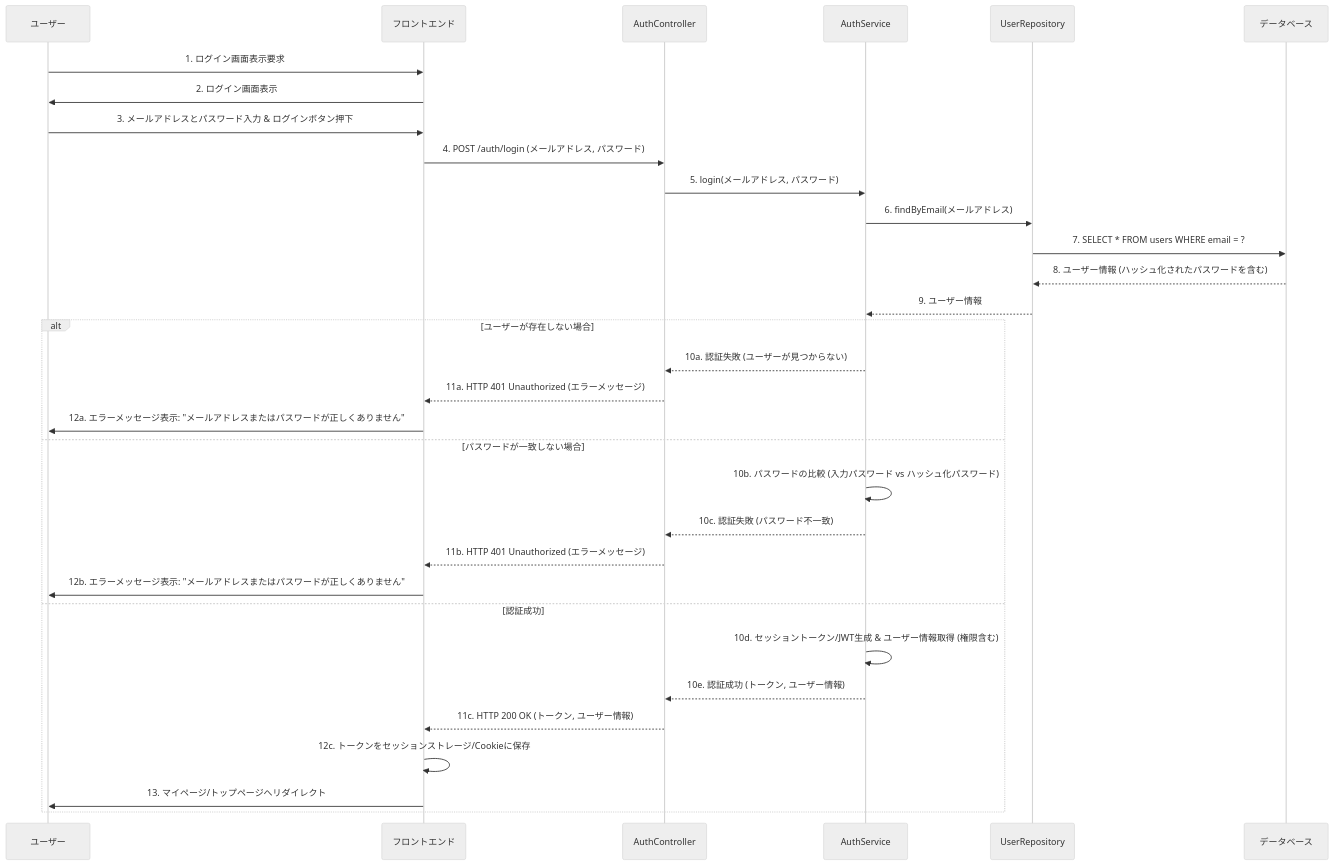
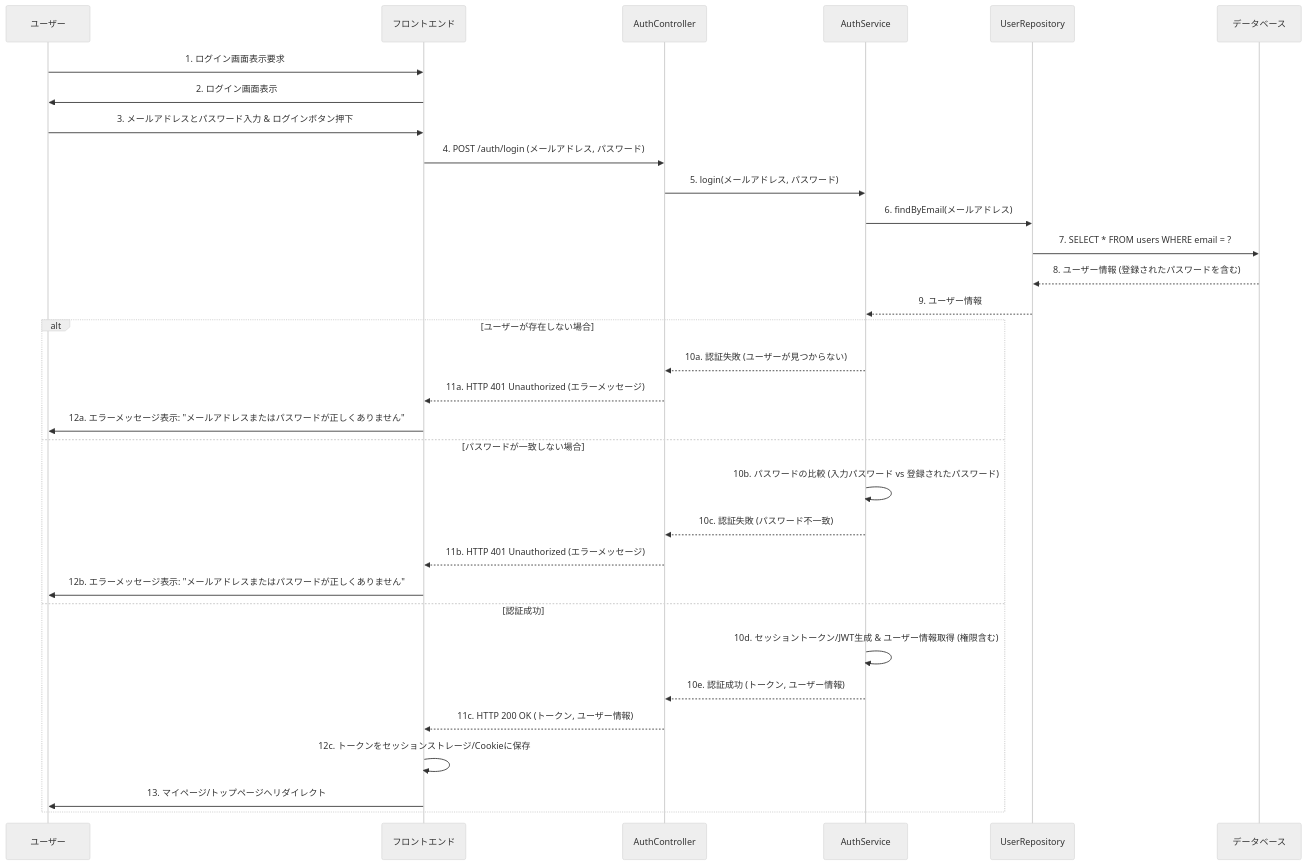
One commit to Hinako-Kimura127/neko changed the seventh of 12 diagrams in 詳細設計/詳細設計.md. Above: the diagram before and after it, drawn with Mermaid (neutral theme). The commit also changed other lines of this file, not shown here.

````diff
--- a/詳細設計/詳細設計.md
+++ b/詳細設計/詳細設計.md
@@ -302,37 +298,37 @@
 ```mermaid
 sequenceDiagram
     participant User as ユーザー
     participant FE as フロントエンド
     participant AuthC as AuthController
     participant AuthS as AuthService
     participant UserR as UserRepository
     participant DB as データベース
  
     User->>FE: 1. ログイン画面表示要求
     FE->>User: 2. ログイン画面表示
     User->>FE: 3. メールアドレスとパスワード入力 & ログインボタン押下
     FE->>AuthC: 4. POST /auth/login (メールアドレス, パスワード)
  
     AuthC->>AuthS: 5. login(メールアドレス, パスワード)
     AuthS->>UserR: 6. findByEmail(メールアドレス)
     UserR->>DB: 7. SELECT * FROM users WHERE email = ?
-    DB-->>UserR: 8. ユーザー情報 (ハッシュ化されたパスワードを含む)
+    DB-->>UserR: 8. ユーザー情報 (登録されたパスワードを含む)
     UserR-->>AuthS: 9. ユーザー情報
  
     alt ユーザーが存在しない場合
         AuthS-->>AuthC: 10a. 認証失敗 (ユーザーが見つからない)
         AuthC-->>FE: 11a. HTTP 401 Unauthorized (エラーメッセージ)
         FE->>User: 12a. エラーメッセージ表示: "メールアドレスまたはパスワードが正しくありません"
     else パスワードが一致しない場合
-        AuthS->>AuthS: 10b. パスワードの比較 (入力パスワード vs ハッシュ化パスワード)
+        AuthS->>AuthS: 10b. パスワードの比較 (入力パスワード vs 登録されたパスワード)
         AuthS-->>AuthC: 10c. 認証失敗 (パスワード不一致)
         AuthC-->>FE: 11b. HTTP 401 Unauthorized (エラーメッセージ)
         FE->>User: 12b. エラーメッセージ表示: "メールアドレスまたはパスワードが正しくありません"
     else 認証成功
         AuthS->>AuthS: 10d. セッショントークン/JWT生成 & ユーザー情報取得 (権限含む)
         AuthS-->>AuthC: 10e. 認証成功 (トークン, ユーザー情報)
         AuthC-->>FE: 11c. HTTP 200 OK (トークン, ユーザー情報)
         FE->>FE: 12c. トークンをセッションストレージ/Cookieに保存
         FE->>User: 13. マイページ/トップページへリダイレクト
     end
 ```
````
